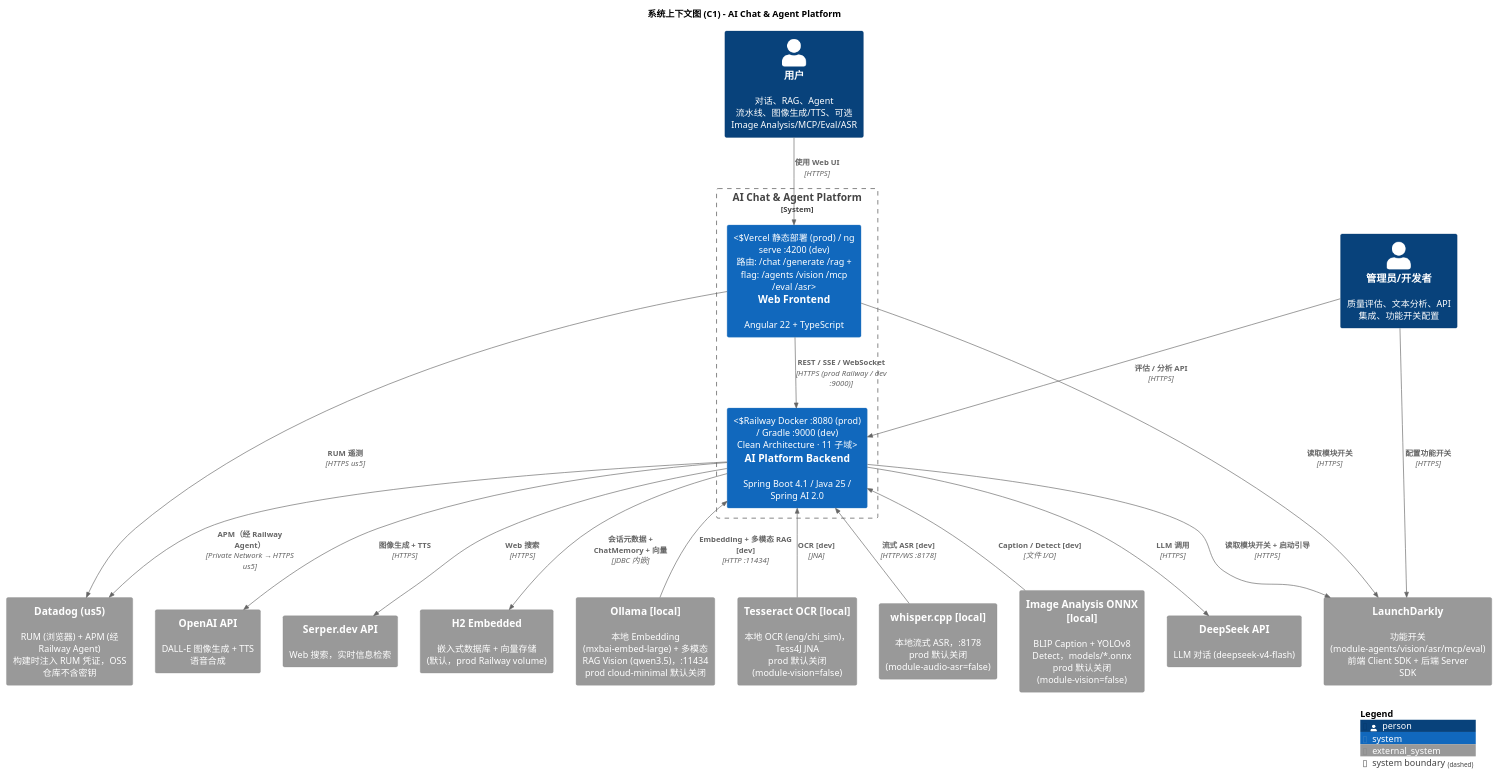
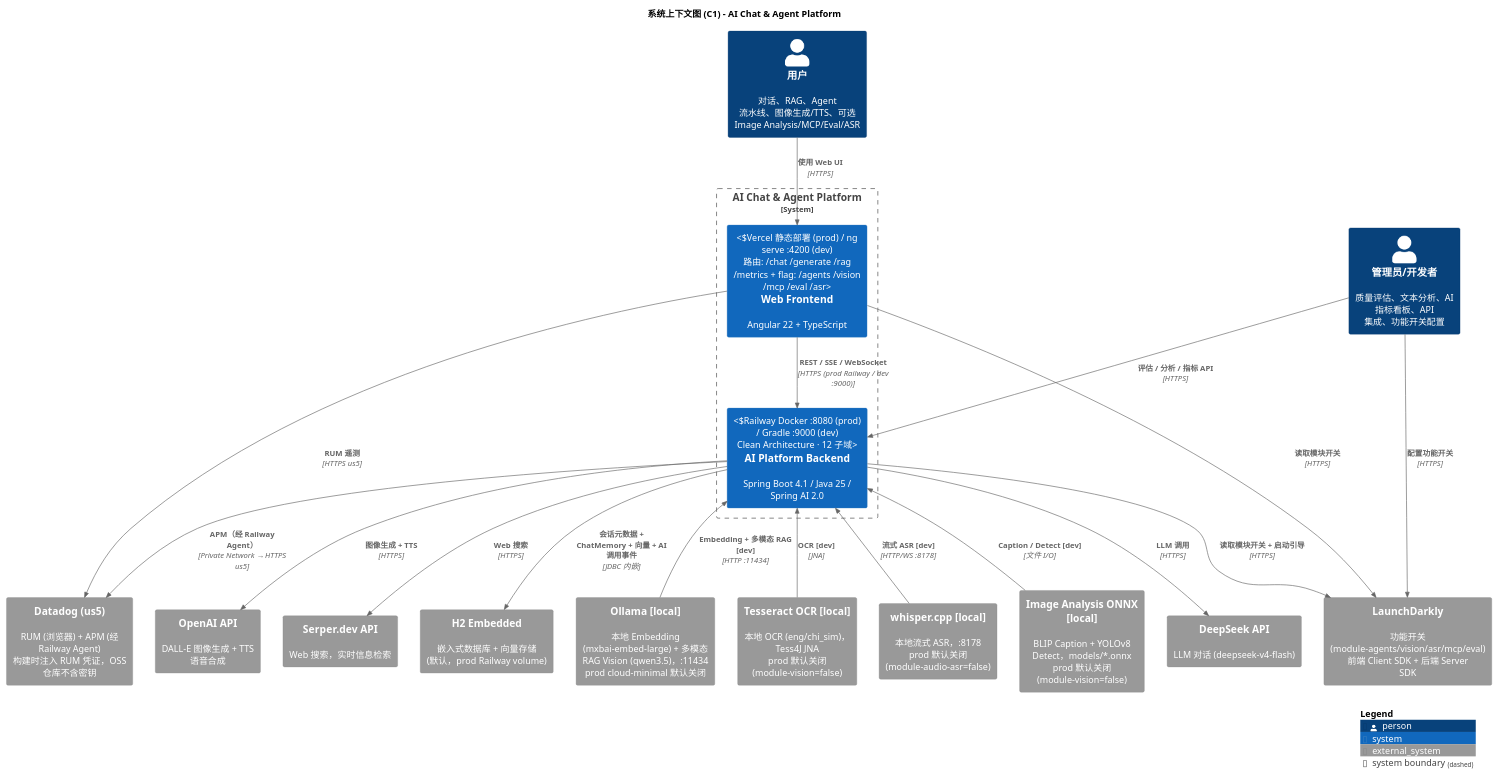
Before and after one commit to felixzhu97/explore-ai: the diagram in docs/developer/c4-model/C1-Context.puml, drawn with PlantUML. The commit also changed 79 other files, not shown here.

```diff
--- a/docs/developer/c4-model/C1-Context.puml
+++ b/docs/developer/c4-model/C1-Context.puml
@@ -1,68 +1,68 @@
 @startuml C1-Context
 !include https://raw.githubusercontent.com/plantuml-stdlib/C4-PlantUML/master/C4_Context.puml
 
 LAYOUT_WITH_LEGEND()
 
 title 系统上下文图 (C1) - AI Chat & Agent Platform
 
 ' ============================================================
 ' PEOPLE
 ' ============================================================
 Person(user, "用户", "对话、RAG、Agent 流水线、图像生成/TTS、可选 Image Analysis/MCP/Eval/ASR")
-Person(admin, "管理员/开发者", "质量评估、文本分析、API 集成、功能开关配置")
+Person(admin, "管理员/开发者", "质量评估、文本分析、AI 指标看板、API 集成、功能开关配置")
 
 ' ============================================================
 ' AI Chat & Agent Platform
 ' ============================================================
 System_Boundary(ai_platform, "AI Chat & Agent Platform") {
-    System(frontend, "Web Frontend", "Angular 22 + TypeScript", "Vercel 静态部署 (prod) / ng serve :4200 (dev)\n路由: /chat /generate /rag + flag: /agents /vision /mcp /eval /asr")
-    System(backend, "AI Platform Backend", "Spring Boot 4.1 / Java 25 / Spring AI 2.0", "Railway Docker :8080 (prod) / Gradle :9000 (dev)\nClean Architecture · 11 子域")
+    System(frontend, "Web Frontend", "Angular 22 + TypeScript", "Vercel 静态部署 (prod) / ng serve :4200 (dev)\n路由: /chat /generate /rag /metrics + flag: /agents /vision /mcp /eval /asr")
+    System(backend, "AI Platform Backend", "Spring Boot 4.1 / Java 25 / Spring AI 2.0", "Railway Docker :8080 (prod) / Gradle :9000 (dev)\nClean Architecture · 12 子域")
 }
 
 ' ============================================================
 ' PLATFORM SERVICES
 ' ============================================================
 System_Ext(launchdarkly, "LaunchDarkly", "功能开关 (module-agents/vision/asr/mcp/eval)\n前端 Client SDK + 后端 Server SDK")
 System_Ext(datadog, "Datadog (us5)", "RUM (浏览器) + APM (经 Railway Agent)\n构建时注入 RUM 凭证，OSS 仓库不含密钥")
 
 ' ============================================================
 ' CLOUD AI SERVICES (prod + dev)
 ' ============================================================
 System_Ext(deepseek_api, "DeepSeek API", "LLM 对话 (deepseek-v4-flash)")
 System_Ext(openai_api, "OpenAI API", "DALL-E 图像生成 + TTS 语音合成")
 System_Ext(serper_api, "Serper.dev API", "Web 搜索，实时信息检索")
 
 ' ============================================================
 ' DATA & LOCAL-ONLY SERVICES (dev / optional)
 ' ============================================================
 System_Ext(h2_db, "H2 Embedded", "嵌入式数据库 + 向量存储 (默认，prod Railway volume)")
 System_Ext(ollama, "Ollama [local]", "本地 Embedding (mxbai-embed-large) + 多模态 RAG Vision (qwen3.5)，:11434\nprod cloud-minimal 默认关闭")
 System_Ext(tesseract, "Tesseract OCR [local]", "本地 OCR (eng/chi_sim)，Tess4J JNA\nprod 默认关闭 (module-vision=false)")
 System_Ext(whisper_cpp, "whisper.cpp [local]", "本地流式 ASR，:8178\nprod 默认关闭 (module-audio-asr=false)")
 System_Ext(onnx_vision, "Image Analysis ONNX [local]", "BLIP Caption + YOLOv8 Detect，models/*.onnx\nprod 默认关闭 (module-vision=false)")
 
 ' ============================================================
 ' RELATIONSHIPS
 ' ============================================================
 Rel(user, frontend, "使用 Web UI", "HTTPS")
 Rel(admin, launchdarkly, "配置功能开关", "HTTPS")
-Rel(admin, backend, "评估 / 分析 API", "HTTPS")
+Rel(admin, backend, "评估 / 分析 / 指标 API", "HTTPS")
 Rel(frontend, backend, "REST / SSE / WebSocket", "HTTPS (prod Railway / dev :9000)")
 
 Rel(frontend, launchdarkly, "读取模块开关", "HTTPS")
 Rel(frontend, datadog, "RUM 遥测", "HTTPS us5")
 Rel(backend, launchdarkly, "读取模块开关 + 启动引导", "HTTPS")
 Rel(backend, datadog, "APM（经 Railway Agent）", "Private Network → HTTPS us5")
 
 Rel(backend, deepseek_api, "LLM 调用", "HTTPS")
 Rel(backend, openai_api, "图像生成 + TTS", "HTTPS")
 Rel(backend, serper_api, "Web 搜索", "HTTPS")
-Rel(backend, h2_db, "会话元数据 + ChatMemory + 向量", "JDBC 内嵌")
+Rel(backend, h2_db, "会话元数据 + ChatMemory + 向量 + AI 调用事件", "JDBC 内嵌")
 
 Rel_Back(backend, ollama, "Embedding + 多模态 RAG [dev]", "HTTP :11434")
 Rel_Back(backend, tesseract, "OCR [dev]", "JNA")
 Rel_Back(backend, whisper_cpp, "流式 ASR [dev]", "HTTP/WS :8178")
 Rel_Back(backend, onnx_vision, "Caption / Detect [dev]", "文件 I/O")
 
 SHOW_LEGEND()
 @enduml
```
